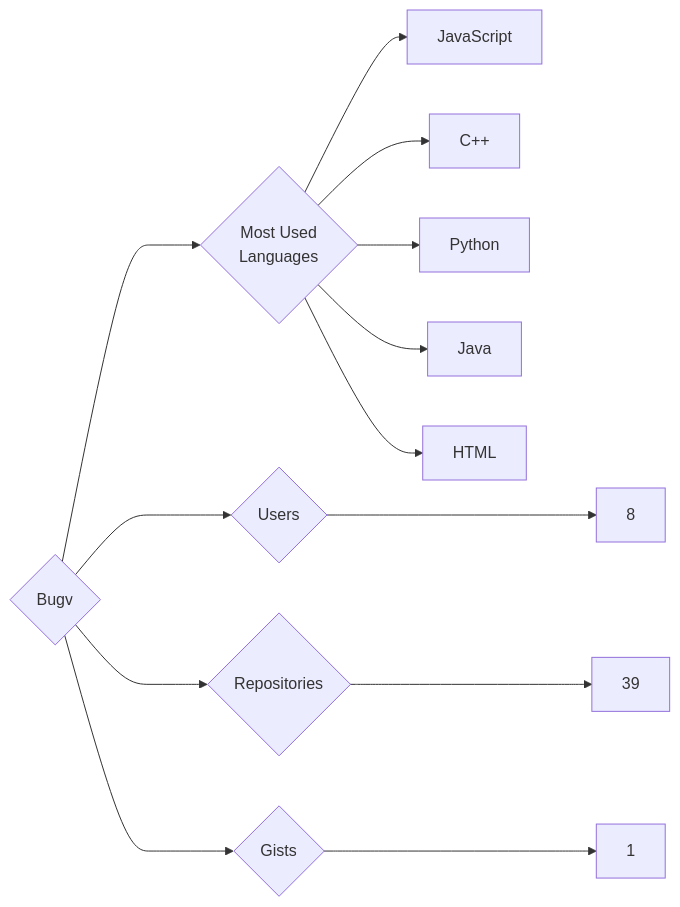
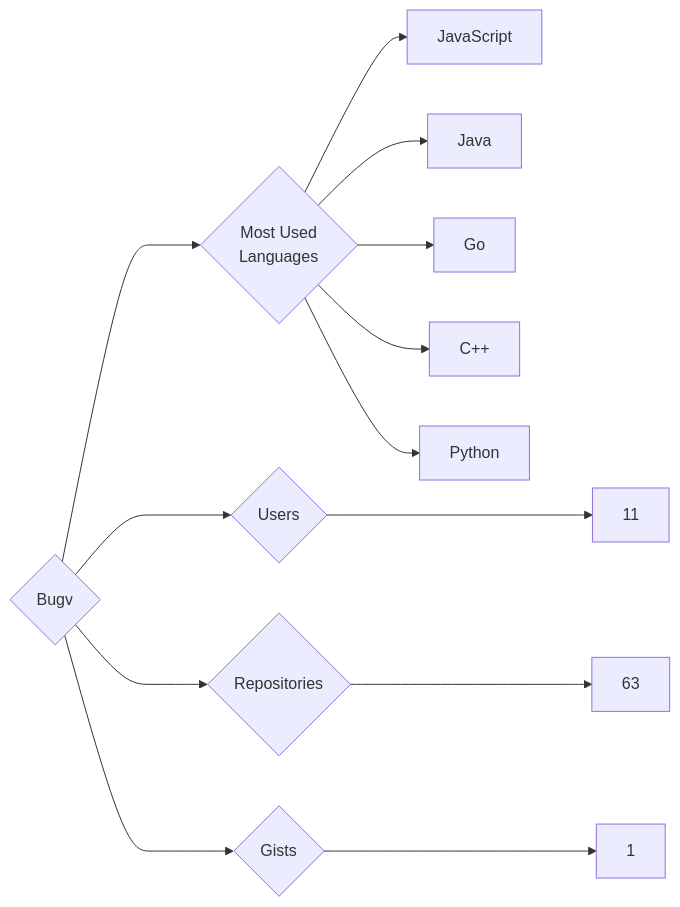
The diagram in targets/Bugv/README.md (trickest/insiders), drawn with Mermaid before and after one commit. The commit also changed 998 other files, not shown here.

````diff
--- a/targets/Bugv/README.md
+++ b/targets/Bugv/README.md
@@ -3,13 +3,13 @@
 ```mermaid
 graph LR
 COMPANY_NAME{Bugv}
-COMPANY_NAME ---> U{Users} ---> UN[8]
-COMPANY_NAME ---> R{Repositories} ---> RN[39]
+COMPANY_NAME ---> U{Users} ---> UN[11]
+COMPANY_NAME ---> R{Repositories} ---> RN[63]
 COMPANY_NAME ---> G{Gists} ---> GN[1]
 COMPANY_NAME ---> ML{Most Used<br>Languages}
 ML --> JavaScript[JavaScript]
+ML --> Java[Java]
+ML --> Go[Go]
 ML --> C++[C++]
 ML --> Python[Python]
-ML --> Java[Java]
-ML --> HTML[HTML]
 ```
````
